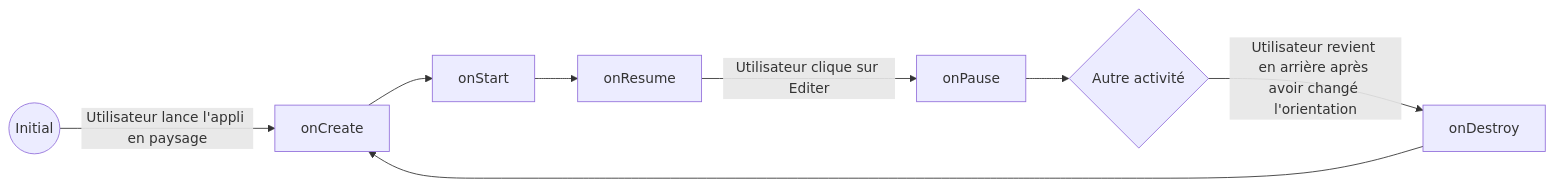
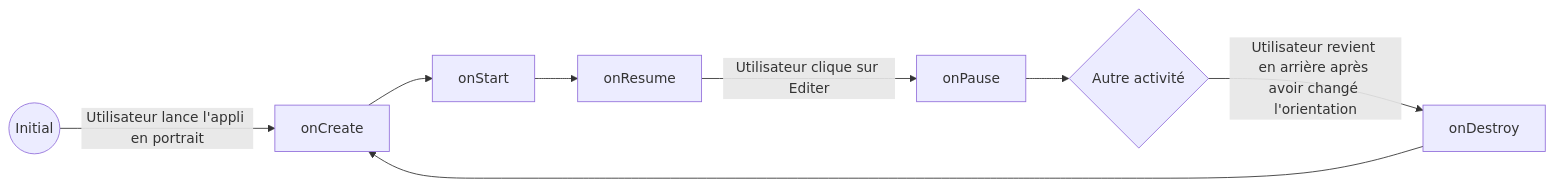
One commit to KevinFerati/DAA_Lab02 changed the third of 4 diagrams in Rapport.md. Above: the diagram before and after it, drawn with Mermaid. The commit also changed other lines of this file, not shown here.

````diff
--- a/Rapport.md
+++ b/Rapport.md
@@ -40,10 +41,10 @@
 ```mermaid
   graph LR
-    A((Initial)) -- Utilisateur lance l'appli en paysage --> B[onCreate]
+    A((Initial)) -- Utilisateur lance l'appli en portrait --> B[onCreate]
     B --> C[onStart]
     C --> D[onResume]
     D -- Utilisateur clique sur Editer --> F[onPause]
     F --> G{Autre activité}
     G -- Utilisateur revient \nen arrière après \navoir changé l'orientation  --> I[onDestroy]
     I --> B
 ```
````
